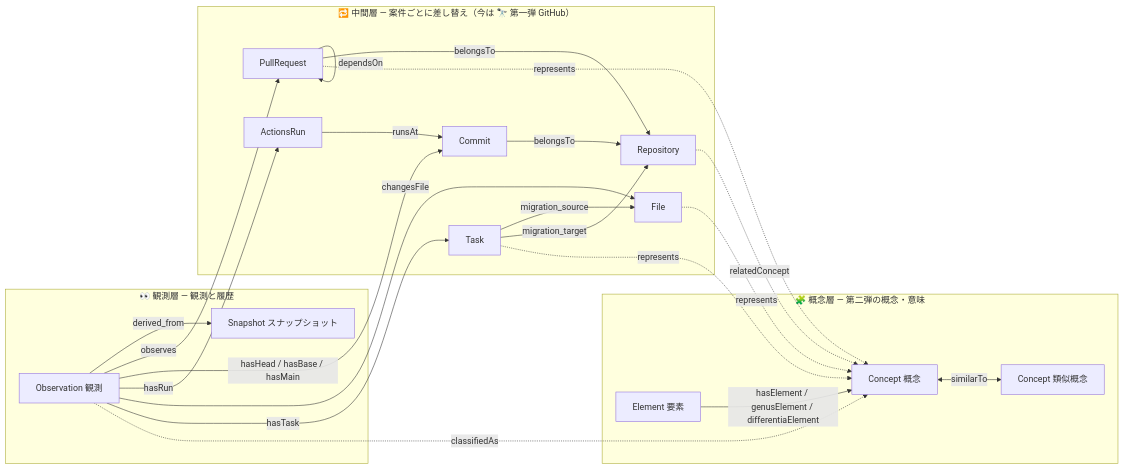
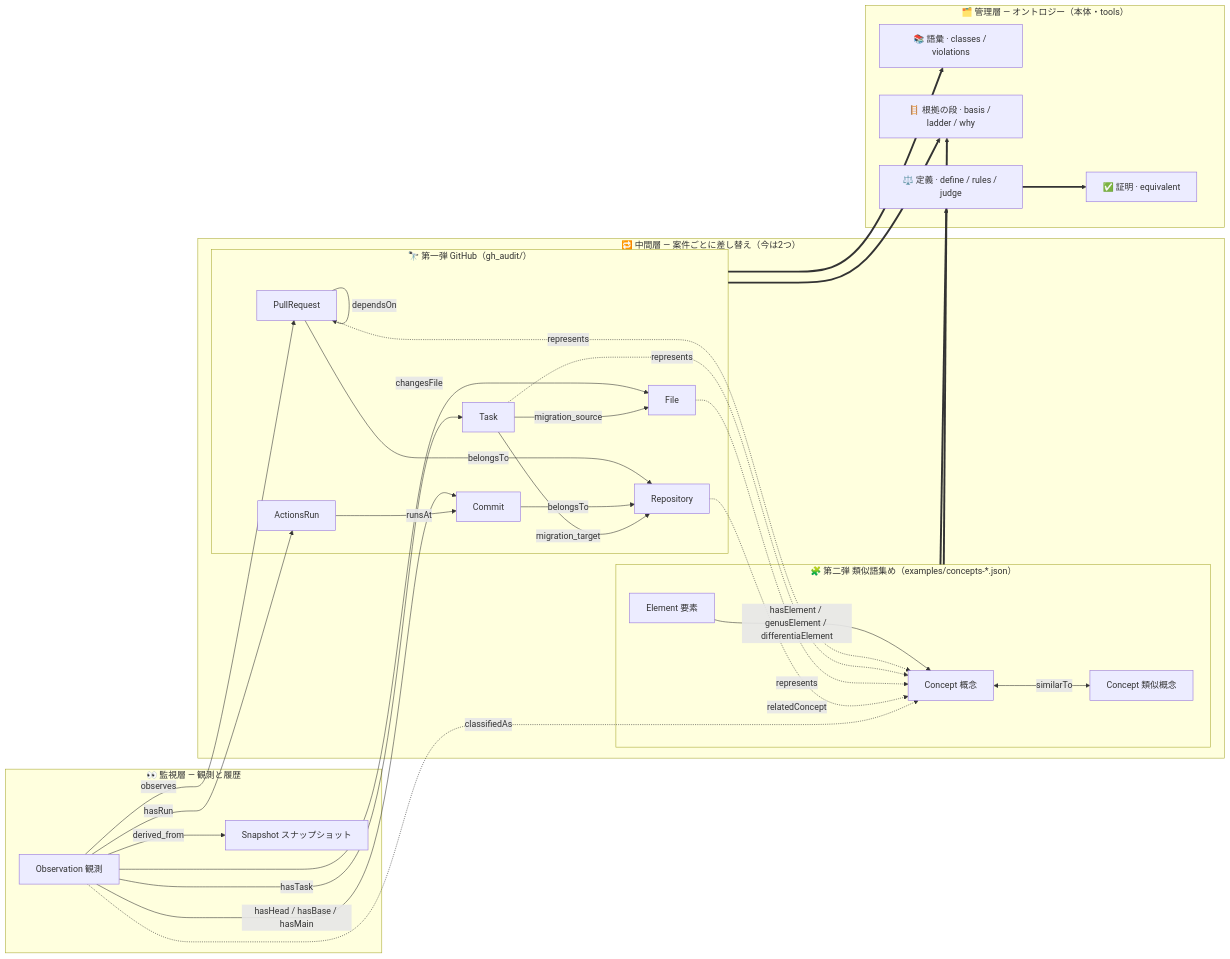
One commit to myon-bioinformatics/OnTautoLogy changed the first of 4 diagrams in README.md. Above: the diagram before and after it, drawn with Mermaid. The commit also changed other lines of this file and 1 other file, not shown here.

Commit message:
docs: 全体図を「監視・中間・管理」の3層にし、中間層に第一弾 GitHub と第二弾 類似語集めの2つを置く
- 👀 監視層（Observation・Snapshot）／🔁 中間層（🔭 第一弾 GitHub・🧩 第二弾 類似語集め）／🗂️ 管理層（語彙・根拠の段・定義・証明）
- 線は3種類: 実線＝コードにある関係、太線＝管理層の関数で扱う（実装済み）、点線＝中間層どうしをつなぐ設計案（未実装）
- 案件を足すときは、第一弾にならい中間層を1つ足す（フォルダに RELATIONS と読み込み・コマンド → main(commands, load)）
- テスト: 中間層の2つの枠に、それぞれの語彙のクラスだけが入っていることも確かめる

Claude-Session: https://claude.ai/code/session_01YSgSJJfK2z9QGuZEH7GoT9

````diff
--- a/README.md
+++ b/README.md
@@ -16,39 +16,52 @@
 ```mermaid
 flowchart LR
-  subgraph OBS["👀 観測層 — 観測と履歴"]
+  subgraph WATCH["👀 監視層 — 観測と履歴"]
     O[Observation 観測]
     N[Snapshot スナップショット]
   end
-  subgraph MID["🔁 中間層 — 案件ごとに差し替え（今は 🔭 第一弾 GitHub）"]
-    P[PullRequest]
-    W[ActionsRun]
-    C[Commit]
-    T[Task]
-    R[Repository]
-    F[File]
+  subgraph MID["🔁 中間層 — 案件ごとに差し替え（今は2つ）"]
+    subgraph GH["🔭 第一弾 GitHub（gh_audit/）"]
+      P[PullRequest]
+      W[ActionsRun]
+      C[Commit]
+      T[Task]
+      R[Repository]
+      F[File]
+    end
+    subgraph SIM["🧩 第二弾 類似語集め（examples/concepts-*.json）"]
+      E[Element 要素]
+      K[Concept 概念]
+      S[Concept 類似概念]
+    end
   end
-  subgraph ONT["🧩 概念層 — 第二弾の概念・意味"]
-    E[Element 要素]
-    K[Concept 概念]
-    S[Concept 類似概念]
+  subgraph MGMT["🗂️ 管理層 — オントロジー（本体・tools）"]
+    V["📚 語彙 · classes / violations"]
+    L["🪜 根拠の段 · basis / ladder / why"]
+    D["⚖️ 定義 · define / rules / judge"]
+    Q["✅ 証明 · equivalent"]
   end
   O -->|derived_from| N
   O -->|observes| P
   O -->|hasHead / hasBase / hasMain| C
   O -->|hasRun| W
   O -->|changesFile| F
   O -->|hasTask| T
   P -->|dependsOn| P
   W -->|runsAt| C
   P -->|belongsTo| R
   C -->|belongsTo| R
   T -->|migration_source| F
   T -->|migration_target| R
   E -->|hasElement / genusElement / differentiaElement| K
   K <-->|similarTo| S
+  GH ==> V
+  GH ==> L
+  SIM ==> L
+  SIM ==> D
+  D ==> Q
   P -.->|represents| K
   T -.->|represents| K
   F -.->|represents| K
   R -.->|relatedConcept| K
   O -.->|classifiedAs| K
 ```
````
